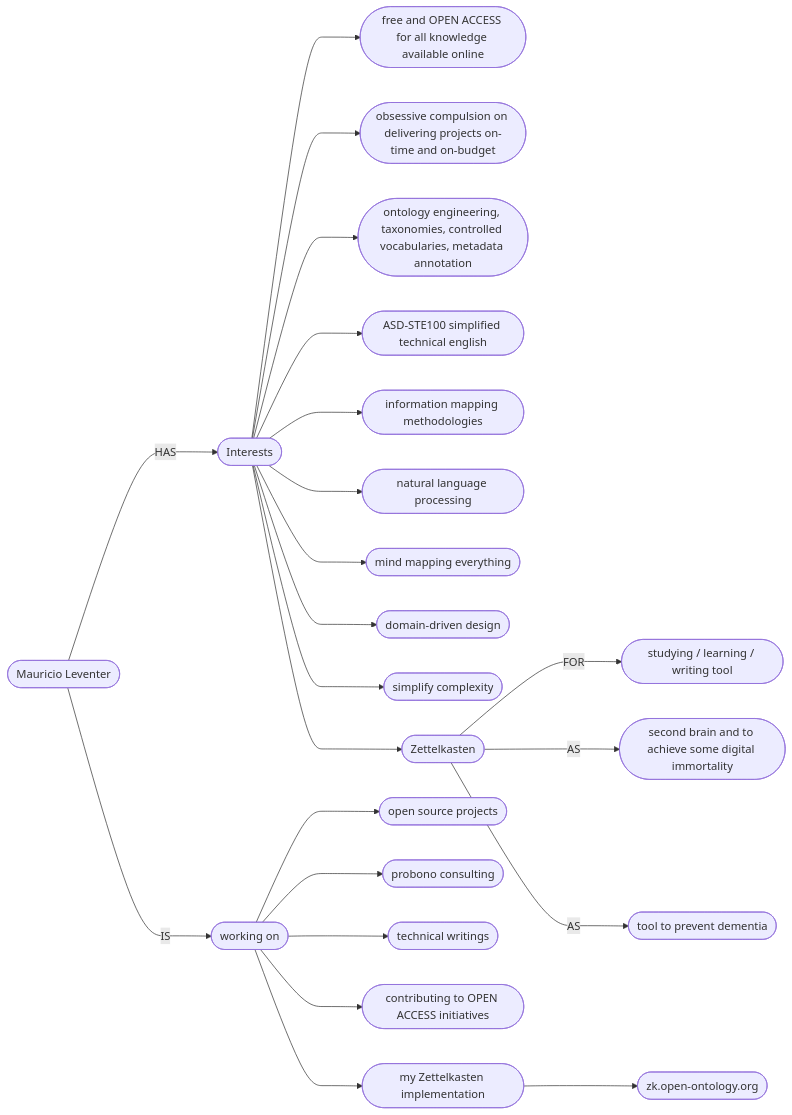
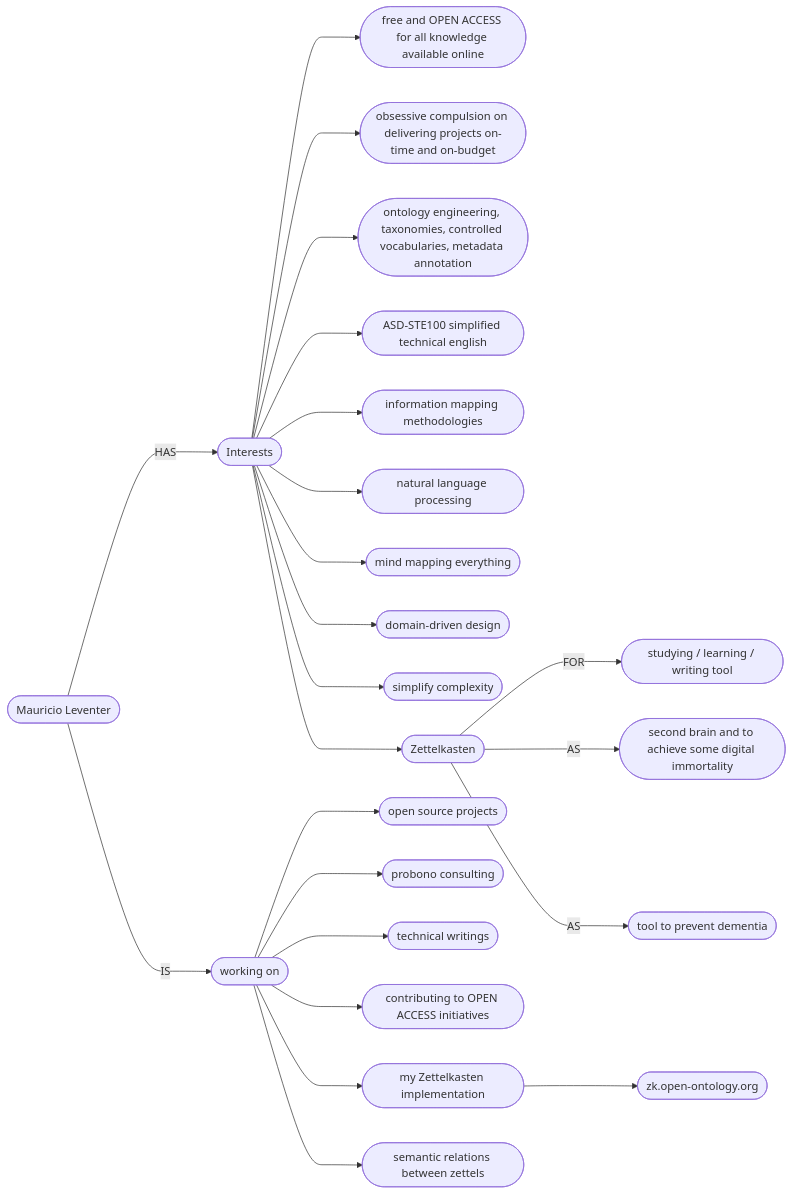
Before and after one commit to mleventer/mleventer: the diagram in README.md, drawn with Mermaid.

````diff
--- a/README.md
+++ b/README.md
@@ -4,24 +4,25 @@
 ```mermaid
 flowchart LR
     A([Mauricio Leventer]) --->|HAS| B([Interests])
     B ---> I1([free and OPEN ACCESS for all knowledge available online])
     B ---> I2([obsessive compulsion on delivering projects on-time and on-budget])
     B ---> I3([ontology engineering, taxonomies, controlled vocabularies, metadata annotation])
     B ---> I4([ASD-STE100 simplified technical english])
     B ---> I5([information mapping methodologies])
     B ---> I6([natural language processing])
     B ---> I7([mind mapping everything]) 
     B ---> I8([domain-driven design]) 
     B ---> I9([simplify complexity]) 
     B ---> J([Zettelkasten])
     J --->|FOR| J1([studying / learning / writing tool]) 
     J --->|AS| J2([second brain and to achieve some digital immortality]) 
     J --->|AS| J3([tool to prevent dementia])
     A --->|IS| C([working on])
     C ---> C1([open source projects])
     C ---> C2([probono consulting])
     C ---> C3([technical writings])
     C ---> C4([contributing to OPEN ACCESS initiatives])
     C ---> H([my Zettelkasten implementation])
     H ---> H1([zk.open-ontology.org])
+    C ---> H2([semantic relations between zettels])
 ```
````
